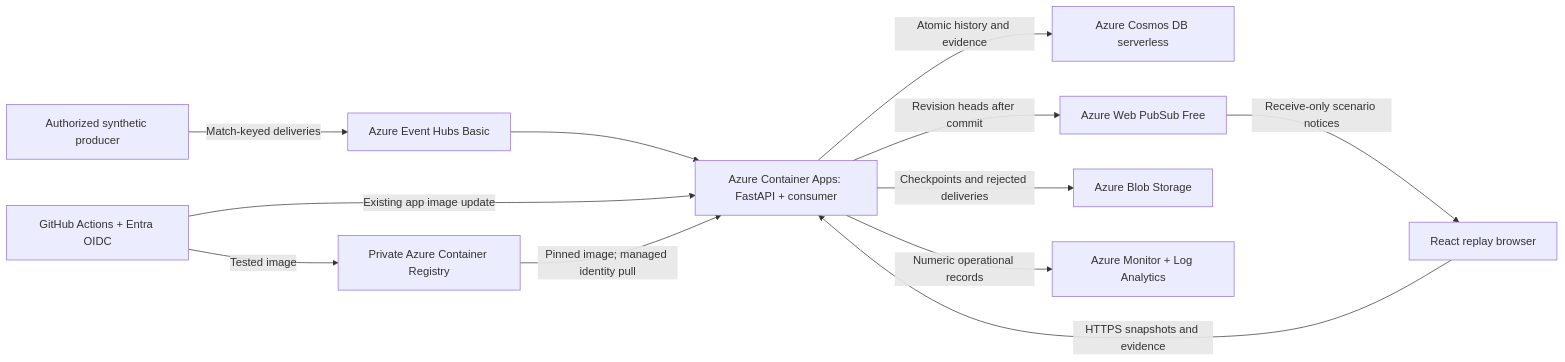
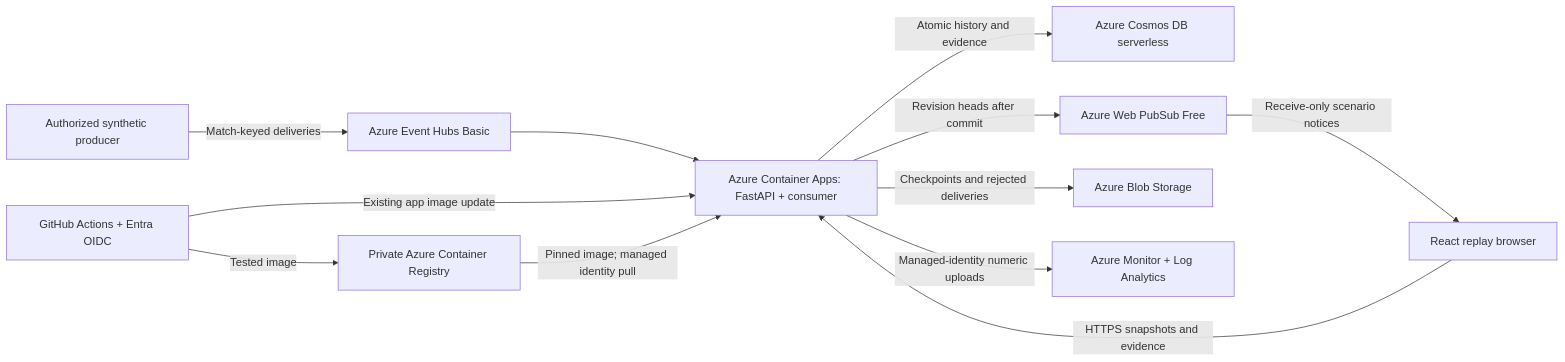
Before and after one commit to Haydnlee31/CounterPress: the diagram in docs/deployment.md, drawn with Mermaid. The commit also changed other lines of this file and 11 other files, not shown here.

Commit message:
Export numeric streaming telemetry through authenticated Azure Monitor ingestion

````diff
--- a/docs/deployment.md
+++ b/docs/deployment.md
@@ -66,14 +66,14 @@
 ```mermaid
 flowchart LR
   Producer[Authorized synthetic producer] -->|Match-keyed deliveries| EH[Azure Event Hubs Basic]
   EH --> App[Azure Container Apps: FastAPI + consumer]
   Browser[React replay browser] -->|HTTPS snapshots and evidence| App
   App -->|Atomic history and evidence| Cosmos[Azure Cosmos DB serverless]
   App -->|Revision heads after commit| PubSub[Azure Web PubSub Free]
   PubSub -->|Receive-only scenario notices| Browser
   App -->|Checkpoints and rejected deliveries| Blob[Azure Blob Storage]
   Actions[GitHub Actions + Entra OIDC] -->|Tested image| ACR[Private Azure Container Registry]
   Actions -->|Existing app image update| App
   ACR -->|Pinned image; managed identity pull| App
-  App -->|Numeric operational records| Monitor[Azure Monitor + Log Analytics]
+  App -->|Managed-identity numeric uploads| Monitor[Azure Monitor + Log Analytics]
 ```
````
